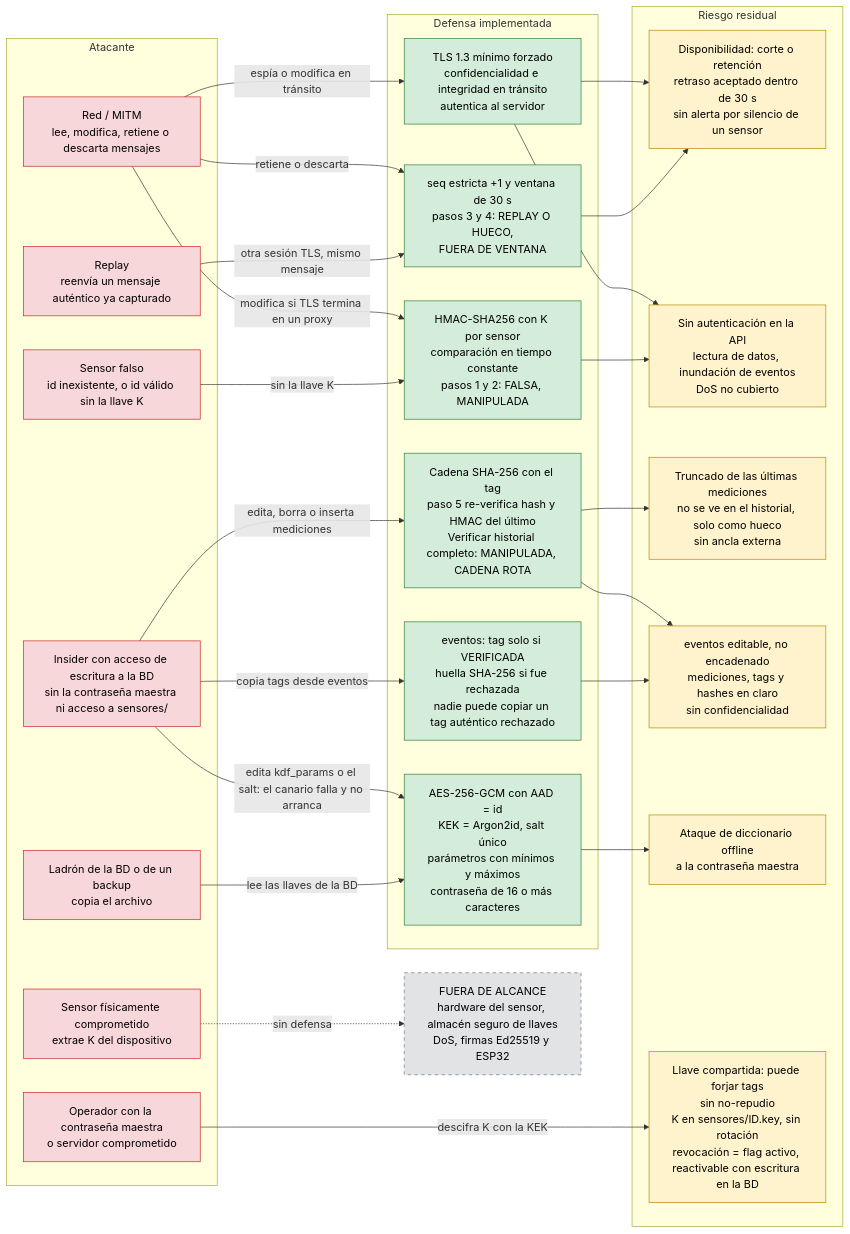
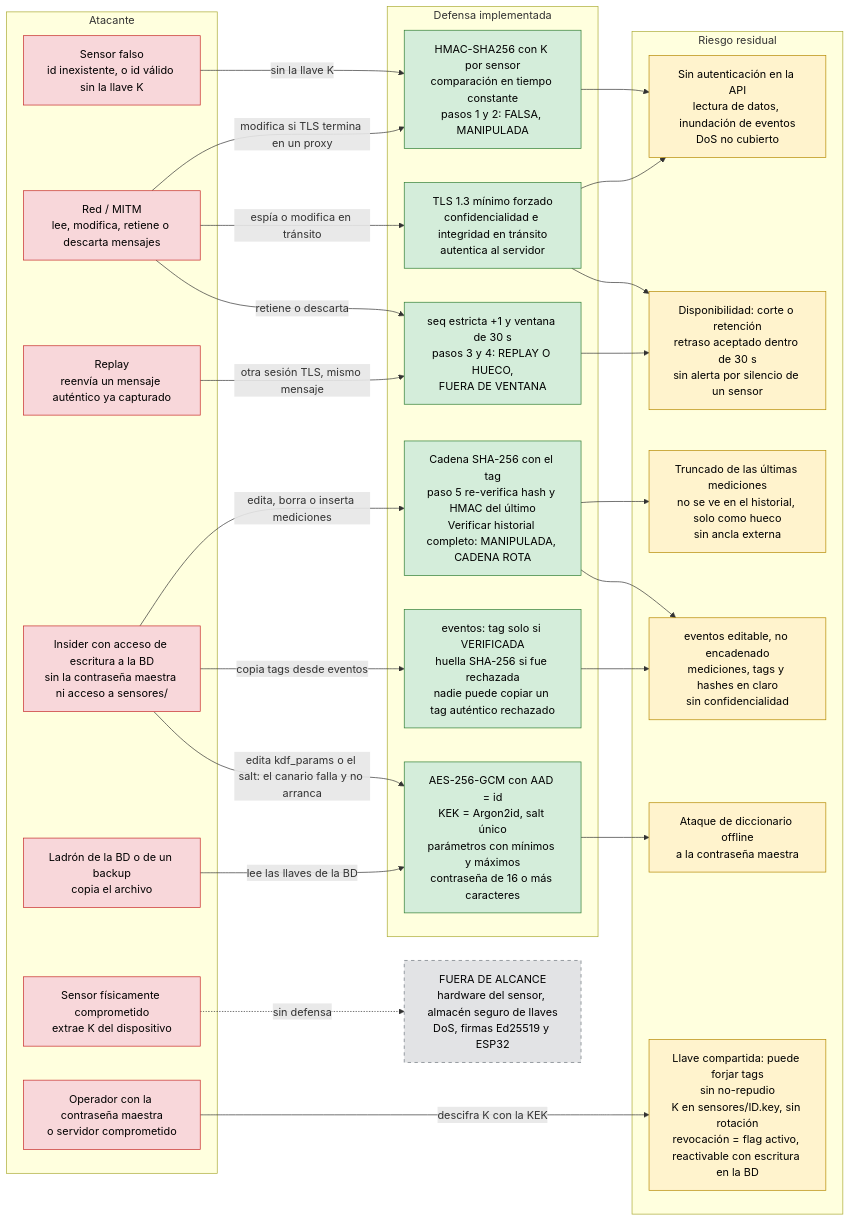
One commit to joruughen/Vigia changed the diagram in docs/diagramas/modelo-amenazas.mmd. Above: the diagram before and after it, drawn with Mermaid. The commit also changed other lines of this file and 22 other files, not shown here.

First line of the commit message:
Fase 3 (cierre): informe principal acotado, anexos, diagramas PNG y PDF

```diff
--- a/docs/diagramas/modelo-amenazas.mmd
+++ b/docs/diagramas/modelo-amenazas.mmd
@@ -1,60 +1,60 @@
 flowchart LR
     subgraph ATAQ["Atacante"]
+        A2["Sensor falso<br/>id inexistente, o id válido sin la llave K"]
         A1["Red / MITM<br/>lee, modifica, retiene o descarta mensajes"]
-        A2["Sensor falso<br/>id inexistente, o id válido sin la llave K"]
         A3["Replay<br/>reenvía un mensaje auténtico ya capturado"]
         A4["Insider con acceso de escritura a la BD<br/>sin la contraseña maestra ni acceso a sensores/"]
         A5["Ladrón de la BD o de un backup<br/>copia el archivo"]
         A6["Operador con la contraseña maestra<br/>o servidor comprometido"]
         A7["Sensor físicamente comprometido<br/>extrae K del dispositivo"]
     end
 
     subgraph DEF["Defensa implementada"]
+        D2["HMAC-SHA256 con K por sensor<br/>comparación en tiempo constante<br/>pasos 1 y 2: FALSA, MANIPULADA"]
         D1["TLS 1.3 mínimo forzado<br/>confidencialidad e integridad en tránsito<br/>autentica al servidor"]
-        D2["HMAC-SHA256 con K por sensor<br/>comparación en tiempo constante<br/>pasos 1 y 2: FALSA, MANIPULADA"]
         D3["seq estricta +1 y ventana de 30 s<br/>pasos 3 y 4: REPLAY O HUECO,<br/>FUERA DE VENTANA"]
         D4["Cadena SHA-256 con el tag<br/>paso 5 re-verifica hash y HMAC del último<br/>Verificar historial completo: MANIPULADA, CADENA ROTA"]
+        D6["eventos: tag solo si VERIFICADA<br/>huella SHA-256 si fue rechazada<br/>nadie puede copiar un tag auténtico rechazado"]
         D5["AES-256-GCM con AAD = id<br/>KEK = Argon2id, salt único<br/>parámetros con mínimos y máximos<br/>contraseña de 16 o más caracteres"]
-        D6["eventos: tag solo si VERIFICADA<br/>huella SHA-256 si fue rechazada<br/>nadie puede copiar un tag auténtico rechazado"]
     end
 
     subgraph RES["Riesgo residual"]
+        R2["Sin autenticación en la API<br/>lectura de datos, inundación de eventos<br/>DoS no cubierto"]
         R1["Disponibilidad: corte o retención<br/>retraso aceptado dentro de 30 s<br/>sin alerta por silencio de un sensor"]
-        R2["Sin autenticación en la API<br/>lectura de datos, inundación de eventos<br/>DoS no cubierto"]
         R3["Truncado de las últimas mediciones<br/>no se ve en el historial, solo como hueco<br/>sin ancla externa"]
         R4["eventos editable, no encadenado<br/>mediciones, tags y hashes en claro<br/>sin confidencialidad"]
         R5["Ataque de diccionario offline<br/>a la contraseña maestra"]
         R6["Llave compartida: puede forjar tags<br/>sin no-repudio<br/>K en sensores/ID.key, sin rotación<br/>revocación = flag activo, reactivable con escritura en la BD"]
     end
 
     OUT["FUERA DE ALCANCE<br/>hardware del sensor, almacén seguro de llaves<br/>DoS, firmas Ed25519 y ESP32"]
 
+    A2 -->|"sin la llave K"| D2
+    A1 -->|"modifica si TLS termina en un proxy"| D2
     A1 -->|"espía o modifica en tránsito"| D1
-    A1 -->|"modifica si TLS termina en un proxy"| D2
     A1 -->|"retiene o descarta"| D3
-    A2 -->|"sin la llave K"| D2
     A3 -->|"otra sesión TLS, mismo mensaje"| D3
     A4 -->|"edita, borra o inserta mediciones"| D4
     A4 -->|"copia tags desde eventos"| D6
     A4 -->|"edita kdf_params o el salt: el canario falla y no arranca"| D5
     A5 -->|"lee las llaves de la BD"| D5
     A6 -->|"descifra K con la KEK"| R6
     A7 -.->|"sin defensa"| OUT
 
+    D2 --> R2
+    D1 --> R2
     D1 --> R1
-    D1 --> R2
-    D2 --> R2
     D3 --> R1
     D4 --> R3
     D4 --> R4
+    D6 --> R4
     D5 --> R5
-    D6 --> R4
 
     classDef atac fill:#f8d7da,stroke:#c62828,color:#000
     classDef def fill:#d4edda,stroke:#2e7d32,color:#000
     classDef res fill:#fff3cd,stroke:#b58900,color:#000
     classDef fuera fill:#e2e3e5,stroke:#6c757d,color:#000,stroke-dasharray: 5 5
     class A1,A2,A3,A4,A5,A6,A7 atac
     class D1,D2,D3,D4,D5,D6 def
     class R1,R2,R3,R4,R5,R6 res
     class OUT fuera
```
